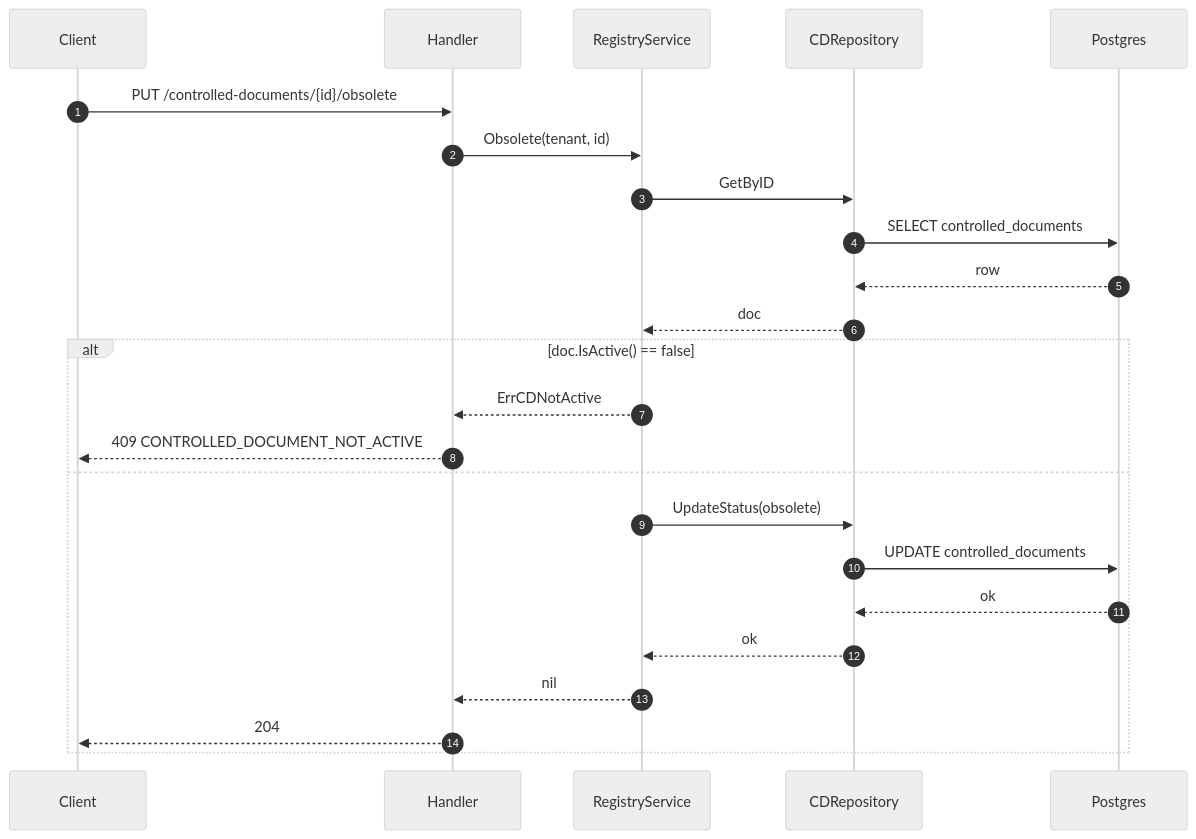
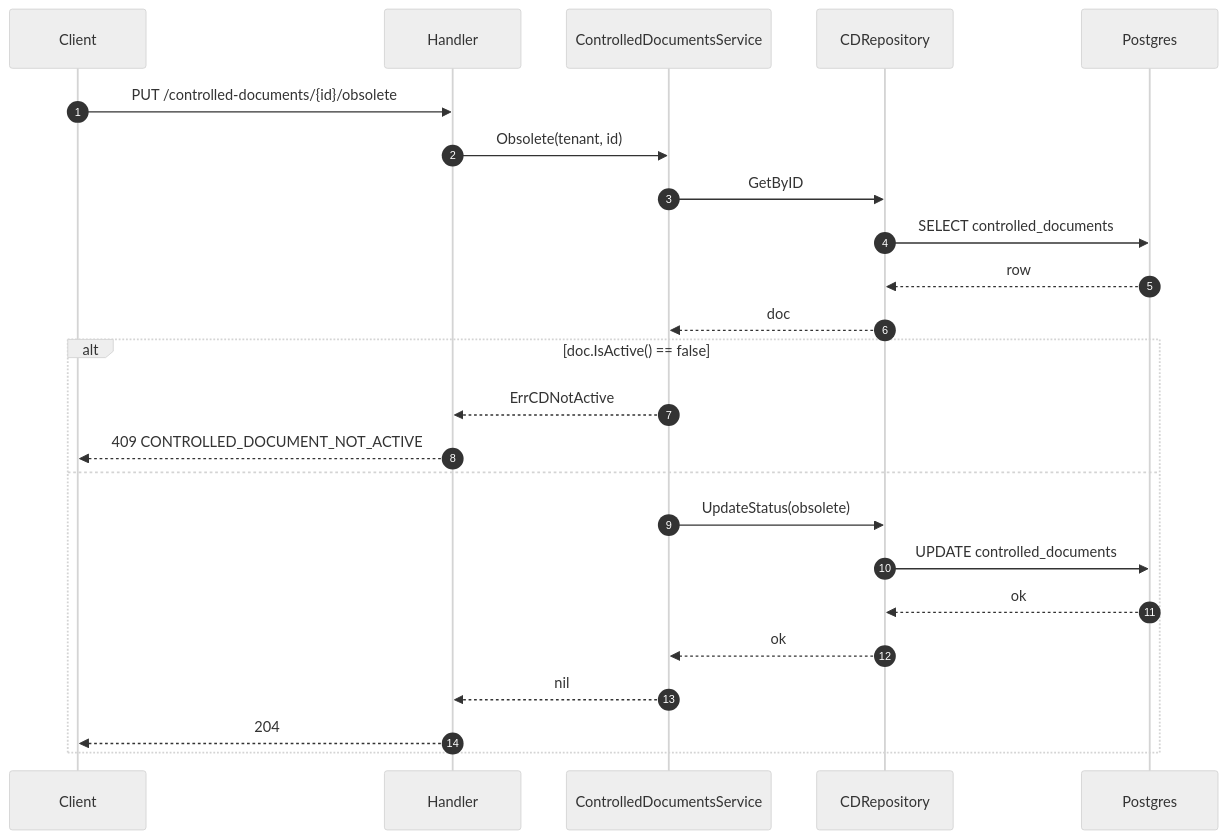
One commit to developmentconexus-ops/MetalDocs changed the fifth of 5 diagrams in wiki/modules/controlled-documents.md. Above: the diagram before and after it, drawn with Mermaid (neutral theme). The commit also changed other lines of this file and 38 other files, not shown here.

First line of the commit message:
docs(wiki+skills): sync registry→controlled-documents rename and canonical-publish-hardening contract truth

````diff
--- a/wiki/modules/controlled-documents.md
+++ b/wiki/modules/controlled-documents.md
@@ -287,26 +287,26 @@
 ```mermaid
 sequenceDiagram
     autonumber
     participant C as Client
     participant H as Handler
-    participant S as RegistryService
+    participant S as ControlledDocumentsService
     participant Repo as CDRepository
     participant DB as Postgres
     C->>H: PUT /controlled-documents/{id}/obsolete
     H->>S: Obsolete(tenant, id)
     S->>Repo: GetByID
     Repo->>DB: SELECT controlled_documents
     DB-->>Repo: row
     Repo-->>S: doc
     alt doc.IsActive() == false
         S-->>H: ErrCDNotActive
         H-->>C: 409 CONTROLLED_DOCUMENT_NOT_ACTIVE
     else
         S->>Repo: UpdateStatus(obsolete)
         Repo->>DB: UPDATE controlled_documents
         DB-->>Repo: ok
         Repo-->>S: ok
         S-->>H: nil
         H-->>C: 204
     end
 ```
````
